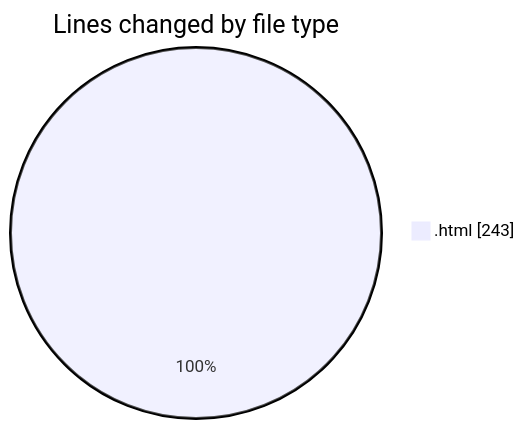
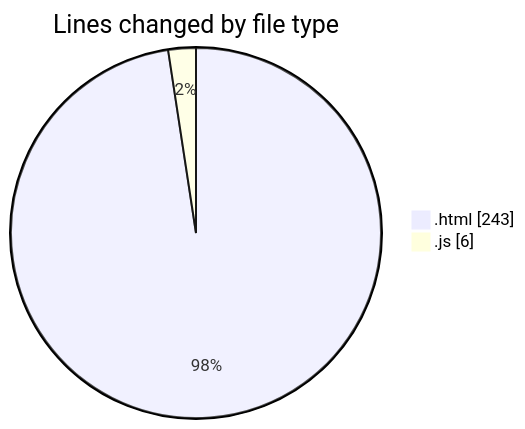
The first of 2 diagrams in 2026-02-19/bot_v1_2/README.md (becaeroporto-bot/code-tracking), drawn with Mermaid before and after one commit. The commit also changed other lines of this file and 1 other file, not shown here.

````diff
--- a/2026-02-19/bot_v1_2/README.md
+++ b/2026-02-19/bot_v1_2/README.md
@@ -23,5 +24,6 @@
 ```mermaid
 pie showData
 title Lines changed by file type
 ".html" : 243
+".js" : 6
 ```
````
